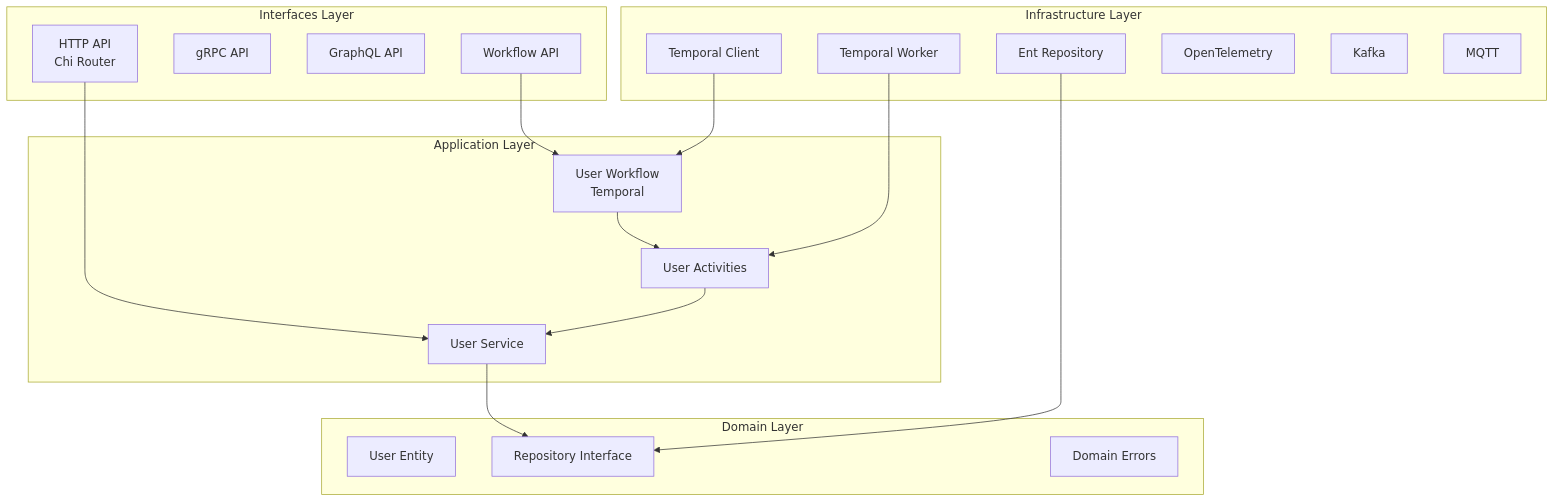
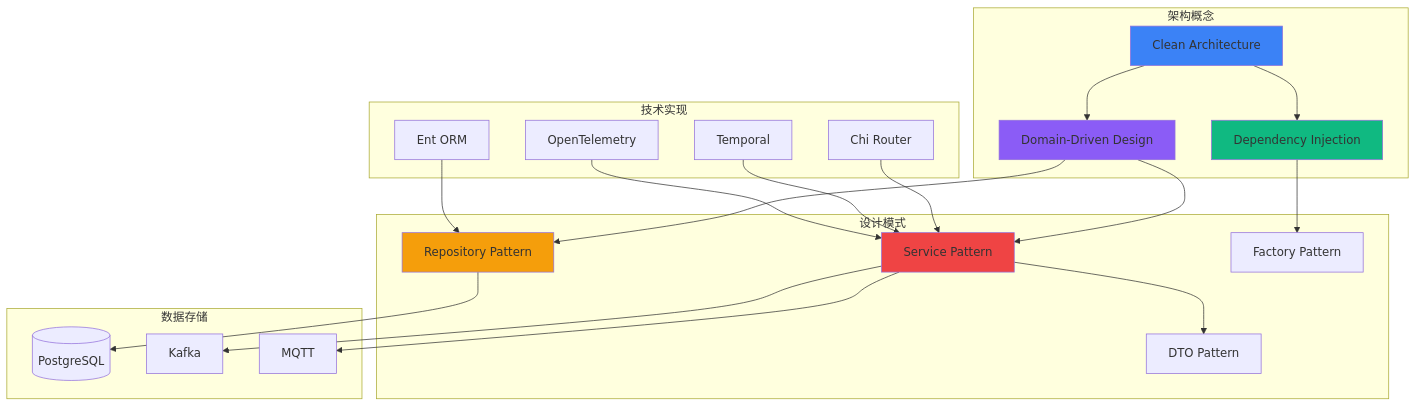
The ninth of 13 diagrams in docs/architecture/00-知识图谱.md (AdaMartin18010/golang), drawn with Mermaid before and after one commit. The commit also changed other lines of this file and 28 other files, not shown here.

````diff
--- a/docs/architecture/00-知识图谱.md
+++ b/docs/architecture/00-知识图谱.md
@@ -25,39 +617,50 @@
 ```mermaid
 graph TB
-    subgraph "Interfaces Layer"
-        HTTP[HTTP API<br/>Chi Router]
-        gRPC[gRPC API]
-        GraphQL[GraphQL API]
-        WorkflowAPI[Workflow API]
+    subgraph "架构概念"
+        CA[Clean Architecture]
+        DDD[Domain-Driven Design]
+        DI[Dependency Injection]
     end
 
-    subgraph "Application Layer"
-        UserService[User Service]
-        UserWorkflow[User Workflow<br/>Temporal]
-        UserActivities[User Activities]
+    subgraph "设计模式"
+        Repo[Repository Pattern]
+        Service[Service Pattern]
+        DTO[DTO Pattern]
+        Factory[Factory Pattern]
     end
 
-    subgraph "Domain Layer"
-        UserEntity[User Entity]
-        Repository[Repository Interface]
-        DomainErrors[Domain Errors]
+    subgraph "技术实现"
+        Chi[Chi Router]
+        Ent[Ent ORM]
+        Temporal[Temporal]
+        OTLP[OpenTelemetry]
     end
 
-    subgraph "Infrastructure Layer"
-        EntRepo[Ent Repository]
-        TemporalClient[Temporal Client]
-        TemporalWorker[Temporal Worker]
-        OTLP[OpenTelemetry]
+    subgraph "数据存储"
+        PG[(PostgreSQL)]
         Kafka[Kafka]
         MQTT[MQTT]
     end
 
-    HTTP --> UserService
-    WorkflowAPI --> UserWorkflow
-    UserService --> Repository
-    UserWorkflow --> UserActivities
-    UserActivities --> UserService
-    EntRepo --> Repository
-    TemporalClient --> UserWorkflow
-    TemporalWorker --> UserActivities
+    CA --> DDD
+    CA --> DI
+    DDD --> Repo
+    DDD --> Service
+    Service --> DTO
+    DI --> Factory
+
+    Chi --> Service
+    Ent --> Repo
+    Temporal --> Service
+    OTLP --> Service
+
+    Repo --> PG
+    Service --> Kafka
+    Service --> MQTT
+
+    style CA fill:#3b82f6
+    style DDD fill:#8b5cf6
+    style DI fill:#10b981
+    style Repo fill:#f59e0b
+    style Service fill:#ef4444
 ```
````
